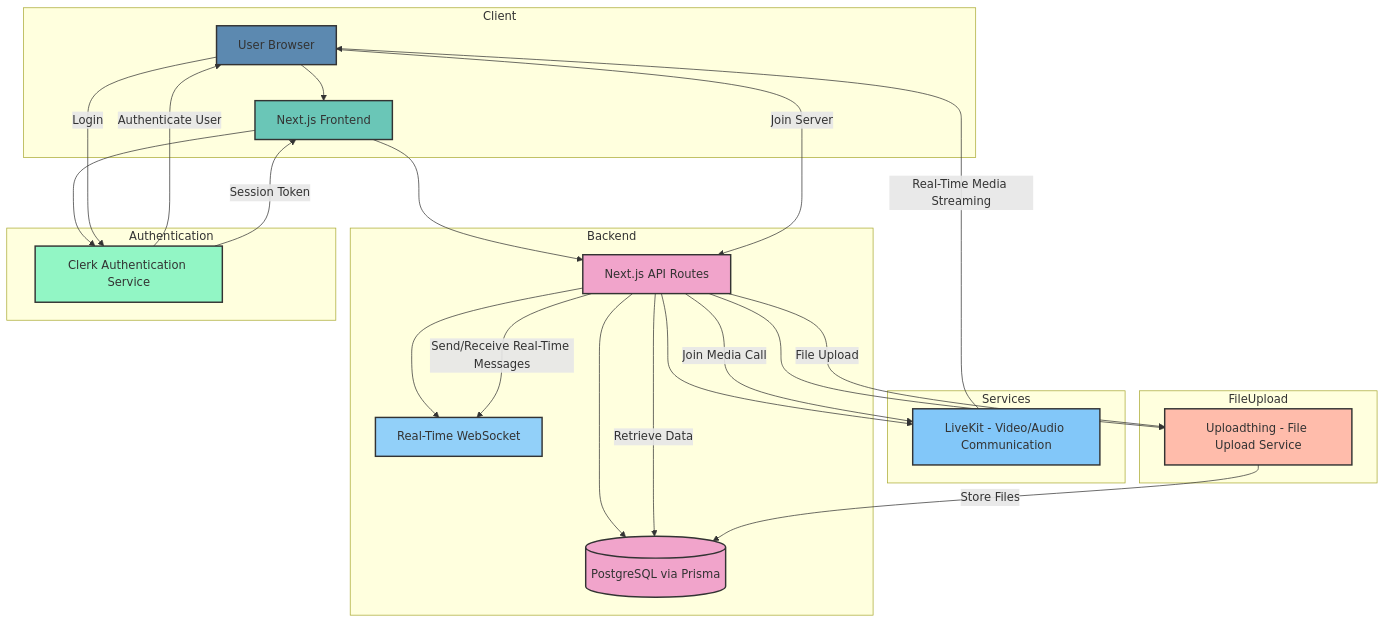
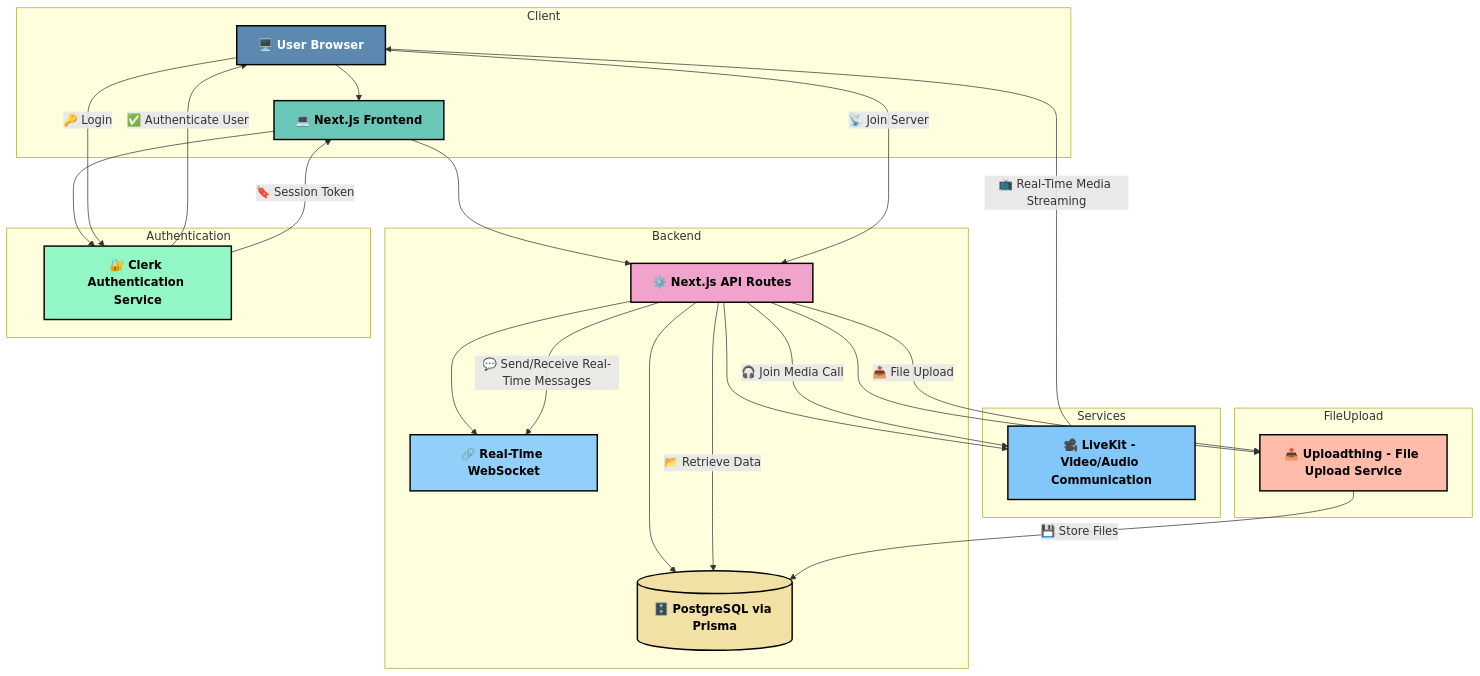
Before and after one commit to be-a-guptaji/Discord: the diagram in README.md, drawn with Mermaid.

````diff
--- a/README.md
+++ b/README.md
@@ -99,52 +99,76 @@
 ```mermaid
 graph TD
+    %% ==============================
+    %% CLIENT LAYER
+    %% ==============================
     subgraph Client
-    U[User Browser] --> F[Next.js Frontend]
+    U[🖥️ User Browser] --> F[💻 Next.js Frontend]
     end
 
+    %% ==============================
+    %% BACKEND & API
+    %% ==============================
     subgraph Backend
-    F --> API[Next.js API Routes]
-    API --> DB[(PostgreSQL via Prisma)]
-    API --> WebSocket[Real-Time WebSocket]
+    F --> API[⚙️ Next.js API Routes]
+    API --> DB[(🗄️ PostgreSQL via Prisma)]
+    API --> WebSocket[🔗 Real-Time WebSocket]
     end
 
+    %% ==============================
+    %% AUTHENTICATION
+    %% ==============================
     subgraph Authentication
-    F --> Clerk[Clerk Authentication Service]
-    Clerk -->|Authenticate User| U
+    F --> Clerk[🔐 Clerk Authentication Service]
+    Clerk -->|✅ Authenticate User| U
     end
 
+    %% ==============================
+    %% MEDIA SERVICES
+    %% ==============================
     subgraph Services
-    API --> LS[LiveKit - Video/Audio Communication]
+    API --> LS[🎥 LiveKit - Video/Audio Communication]
     end
 
+    %% ==============================
+    %% FILE UPLOAD SERVICE
+    %% ==============================
     subgraph FileUpload
-    API --> Uploadthing[Uploadthing - File Upload Service]
+    API --> Uploadthing[📤 Uploadthing - File Upload Service]
     end
 
-    %% Interactions
-    U -->|Login| Clerk
-    Clerk -->|Session Token| F
-    U -->|Join Server| API
-    API -->|Retrieve Data| DB
-    API -->|Send/Receive Real-Time Messages| WebSocket
-    API -->|Join Media Call| LS
-    LS -->|Real-Time Media Streaming| U
-    API -->|File Upload| Uploadthing
-    Uploadthing -->|Store Files| DB
+    %% ==============================
+    %% FLOWS & INTERACTIONS
+    %% ==============================
+    U -->|🔑 Login| Clerk
+    Clerk -->|🔖 Session Token| F
+    U -->|📡 Join Server| API
+    API -->|📂 Retrieve Data| DB
+    API -->|💬 Send/Receive Real-Time Messages| WebSocket
+    API -->|🎧 Join Media Call| LS
+    LS -->|📺 Real-Time Media Streaming| U
+    API -->|📤 File Upload| Uploadthing
+    Uploadthing -->|💾 Store Files| DB
 
-    %% Descriptions
-    classDef default fill:#f9f,stroke:#333,stroke-width:2px;
-    class API,DB,Clerk,LS,WebSocket,Uploadthing default;
-    
-    class U,F,Clerk,WebSocket,Uploadthing fill:#ffcc00,stroke:#000,stroke-width:2px;
-    class U,Clerk,LS,Uploadthing fill:#f9c2c2,stroke:#000,stroke-width:2px;
-    
-    style U fill:#5c89b0;
-    style F fill:#6ac6b7;
-    style API fill:#f1a4cb;
-    style DB fill:#f1a4cb;
-    style WebSocket fill:#92d0f9;
-    style Clerk fill:#92f6c5;
-    style LS fill:#82c7f9;
-    style Uploadthing fill:#ffbcab;
+    %% ==============================
+    %% COLOR STYLING
+    %% ==============================
+    classDef client fill:#6ac6b7,stroke:#000,stroke-width:2px,color:#000,font-weight:bold;
+    classDef backend fill:#f1a4cb,stroke:#000,stroke-width:2px,color:#000,font-weight:bold;
+    classDef auth fill:#92f6c5,stroke:#000,stroke-width:2px,color:#000,font-weight:bold;
+    classDef db fill:#f1e1a4,stroke:#000,stroke-width:2px,color:#000,font-weight:bold;
+    classDef ws fill:#92d0f9,stroke:#000,stroke-width:2px,color:#000,font-weight:bold;
+    classDef services fill:#82c7f9,stroke:#000,stroke-width:2px,color:#000,font-weight:bold;
+    classDef upload fill:#ffbcab,stroke:#000,stroke-width:2px,color:#000,font-weight:bold;
+    classDef user fill:#5c89b0,stroke:#000,stroke-width:2px,color:#fff,font-weight:bold;
+
+    %% Apply Classes
+    class U user;
+    class F client;
+    class API backend;
+    class DB db;
+    class WebSocket ws;
+    class Clerk auth;
+    class LS services;
+    class Uploadthing upload;
+
 ```
````
